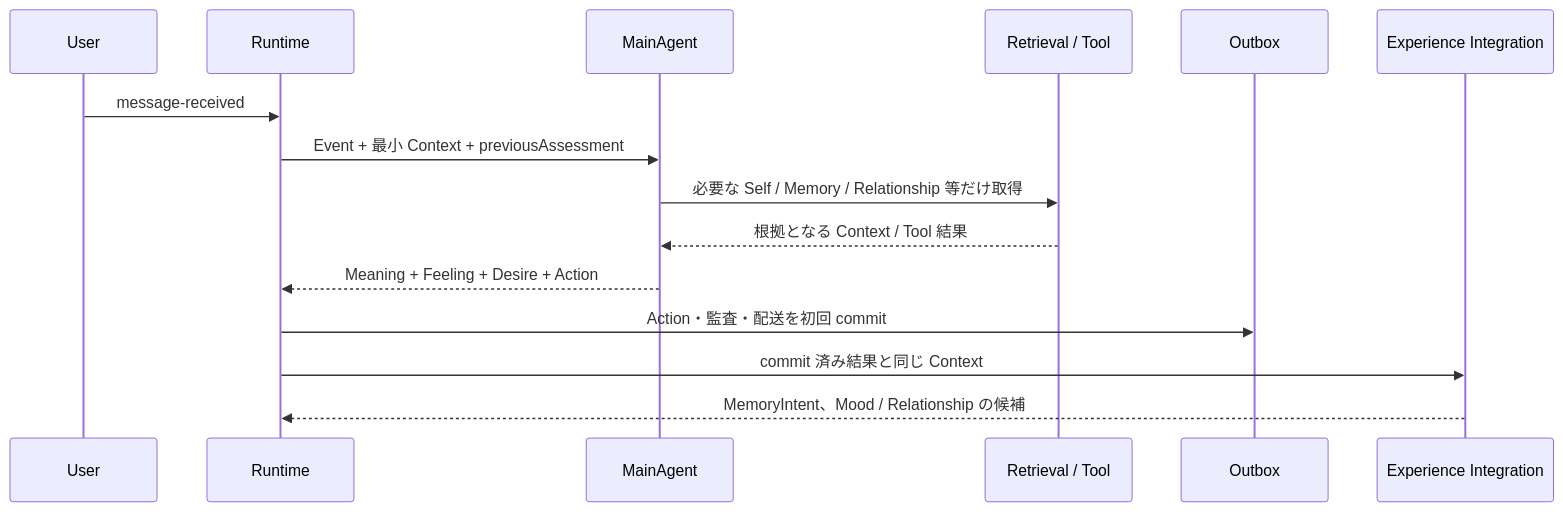
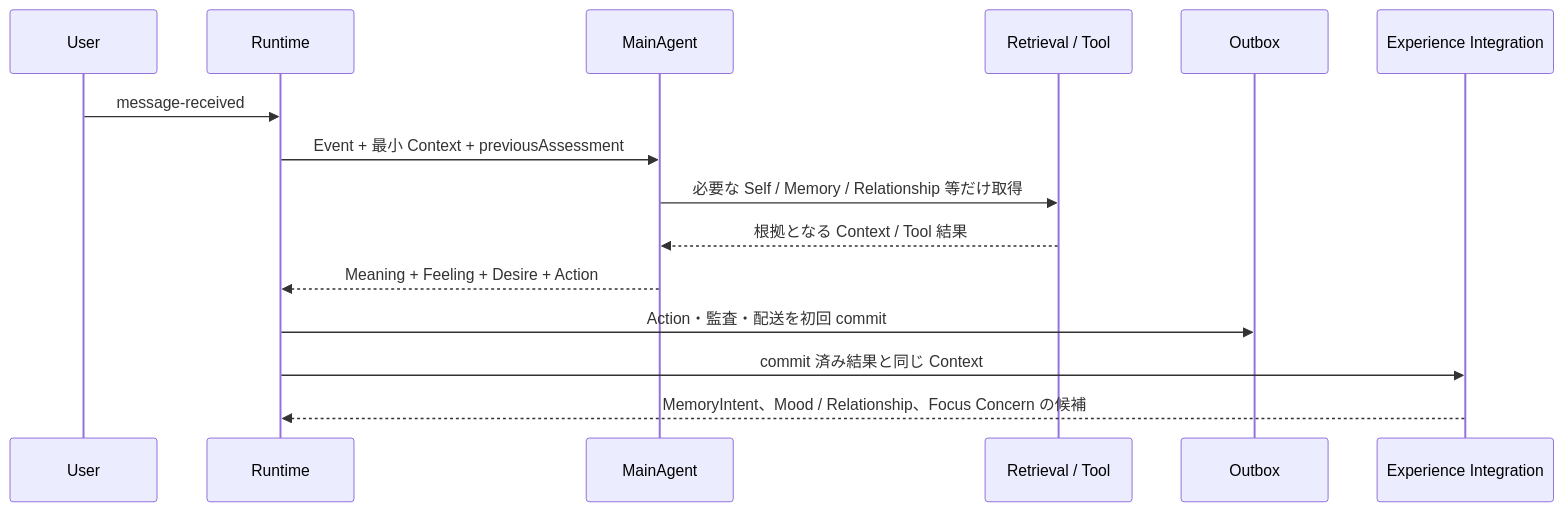
The fourth of 6 diagrams in docs/AGENT_EVENT_AND_EXPERIENCE_OVERVIEW.md (if001/social_agent), drawn with Mermaid before and after one commit. The commit also changed other lines of this file and 8 other files, not shown here.

````diff
--- a/docs/AGENT_EVENT_AND_EXPERIENCE_OVERVIEW.md
+++ b/docs/AGENT_EVENT_AND_EXPERIENCE_OVERVIEW.md
@@ -113,18 +113,18 @@
 ```mermaid
 sequenceDiagram
     participant U as User
     participant R as Runtime
     participant M as MainAgent
     participant T as Retrieval / Tool
     participant O as Outbox
     participant X as Experience Integration
 
     U->>R: message-received
     R->>M: Event + 最小 Context + previousAssessment
     M->>T: 必要な Self / Memory / Relationship 等だけ取得
     T-->>M: 根拠となる Context / Tool 結果
     M-->>R: Meaning + Feeling + Desire + Action
     R->>O: Action・監査・配送を初回 commit
     R->>X: commit 済み結果と同じ Context
-    X-->>R: MemoryIntent、Mood / Relationship の候補
+    X-->>R: MemoryIntent、Mood / Relationship、Focus Concern の候補
 ```
````
